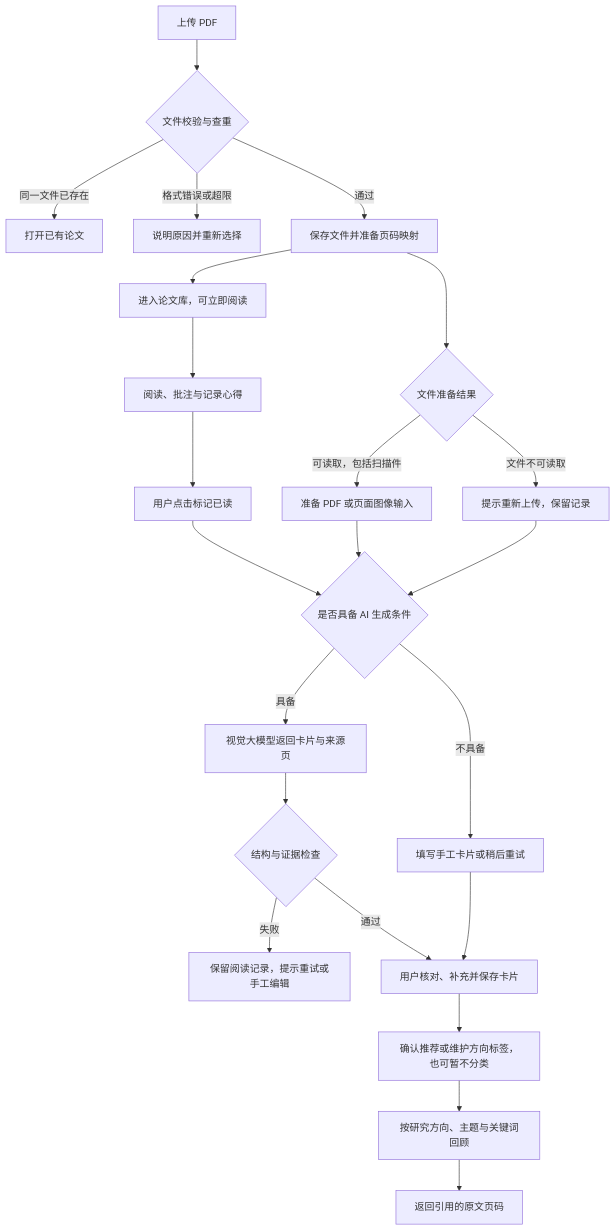
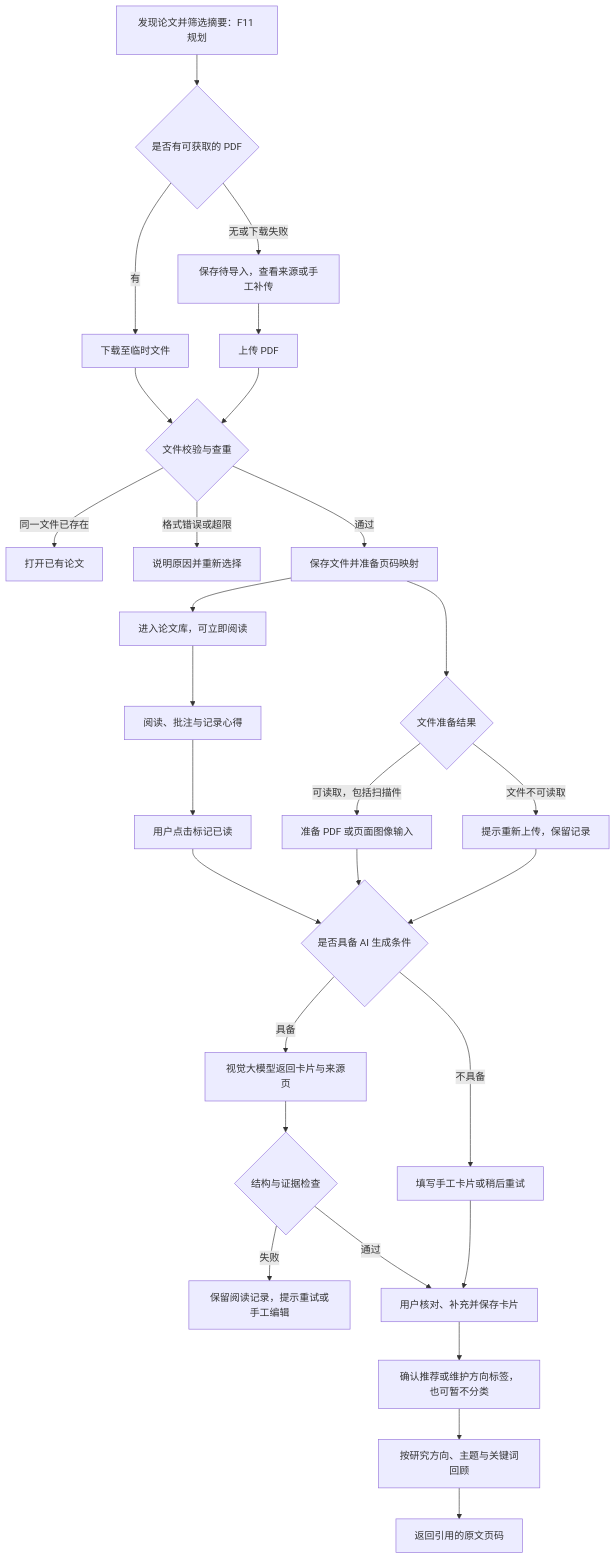
One commit to iaslay/Paper-Management-System changed the diagram in docs/产品需求文档.md. Above: the diagram before and after it, drawn with Mermaid. The commit also changed other lines of this file and 3 other files, not shown here.

````diff
--- a/docs/产品需求文档.md
+++ b/docs/产品需求文档.md
@@ -65,25 +69,30 @@
 ```mermaid
 flowchart TD
+    X[发现论文并筛选摘要：F11 规划] --> Y{是否有可获取的 PDF}
+    Y -->|有| Z[下载至临时文件]
+    Z --> B
+    Y -->|无或下载失败| W[保存待导入，查看来源或手工补传]
+    W --> A
     A[上传 PDF] --> B{文件校验与查重}
     B -->|同一文件已存在| C[打开已有论文]
     B -->|格式错误或超限| D[说明原因并重新选择]
     B -->|通过| E[保存文件并准备页码映射]
     E --> F[进入论文库，可立即阅读]
     E --> G{文件准备结果}
     G -->|可读取，包括扫描件| H[准备 PDF 或页面图像输入]
     G -->|文件不可读取| I[提示重新上传，保留记录]
     F --> J[阅读、批注与记录心得]
     J --> K[用户点击标记已读]
     K --> L{是否具备 AI 生成条件}
     H --> L
     I --> L
     L -->|具备| M[视觉大模型返回卡片与来源页]
     L -->|不具备| N[填写手工卡片或稍后重试]
     M --> O{结构与证据检查}
     O -->|失败| P[保留阅读记录，提示重试或手工编辑]
     O -->|通过| Q[用户核对、补充并保存卡片]
     N --> Q
     Q --> T[确认推荐或维护方向标签，也可暂不分类]
     T --> R[按研究方向、主题与关键词回顾]
     R --> S[返回引用的原文页码]
 ```
````
